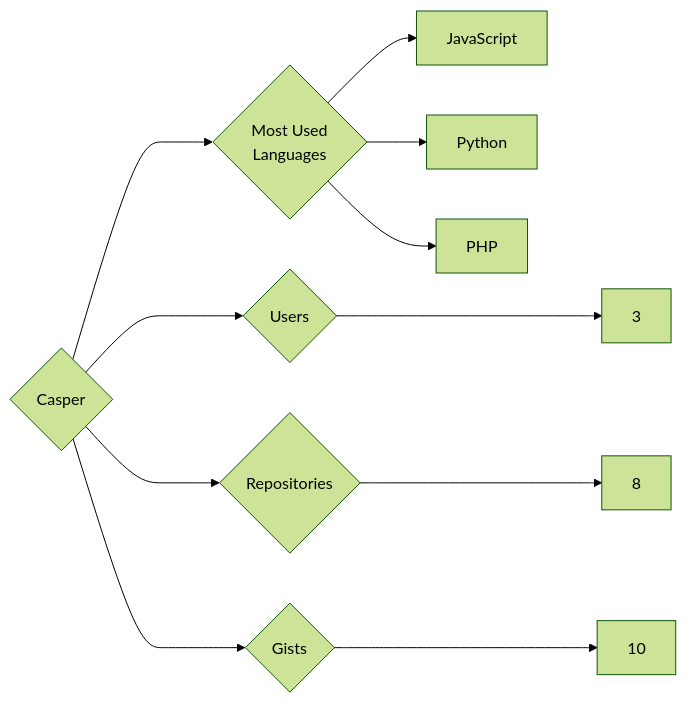
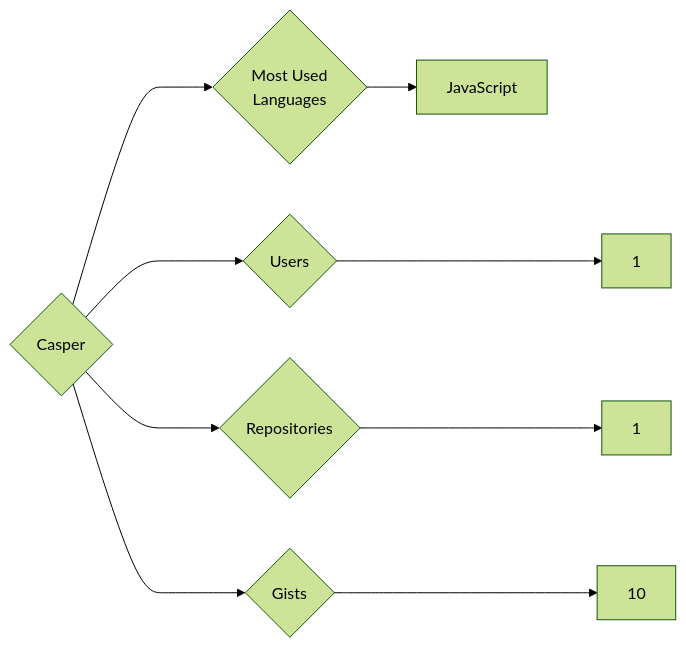
Before and after one commit to trickest/insiders: the diagram in targets/Casper/README.md, drawn with Mermaid (forest theme). The commit also changed 1238 other files, not shown here.

````diff
--- a/targets/Casper/README.md
+++ b/targets/Casper/README.md
@@ -3,11 +3,9 @@
 ```mermaid
 graph LR
 COMPANY_NAME{Casper}
-COMPANY_NAME ---> U{Users} ---> UN[3]
-COMPANY_NAME ---> R{Repositories} ---> RN[8]
+COMPANY_NAME ---> U{Users} ---> UN[1]
+COMPANY_NAME ---> R{Repositories} ---> RN[1]
 COMPANY_NAME ---> G{Gists} ---> GN[10]
 COMPANY_NAME ---> ML{Most Used<br>Languages}
 ML --> JavaScript[JavaScript]
-ML --> Python[Python]
-ML --> PHP[PHP]
 ```
````
